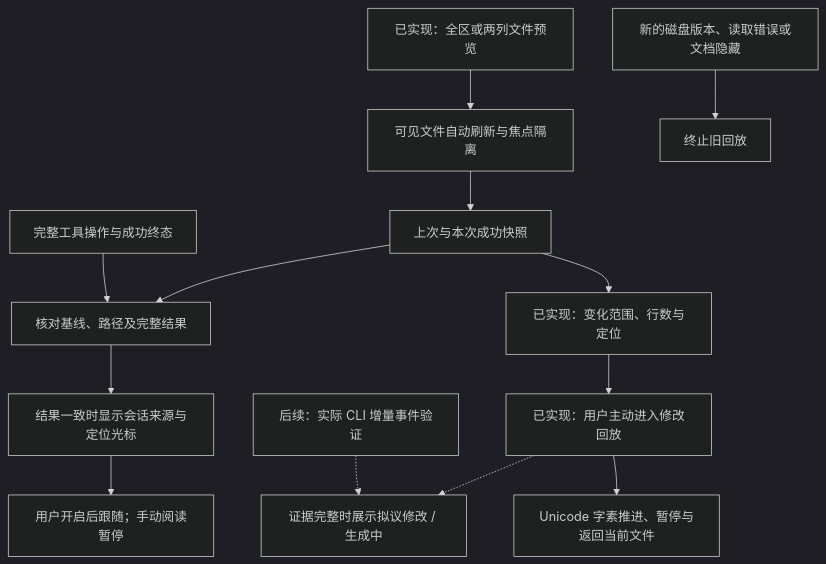
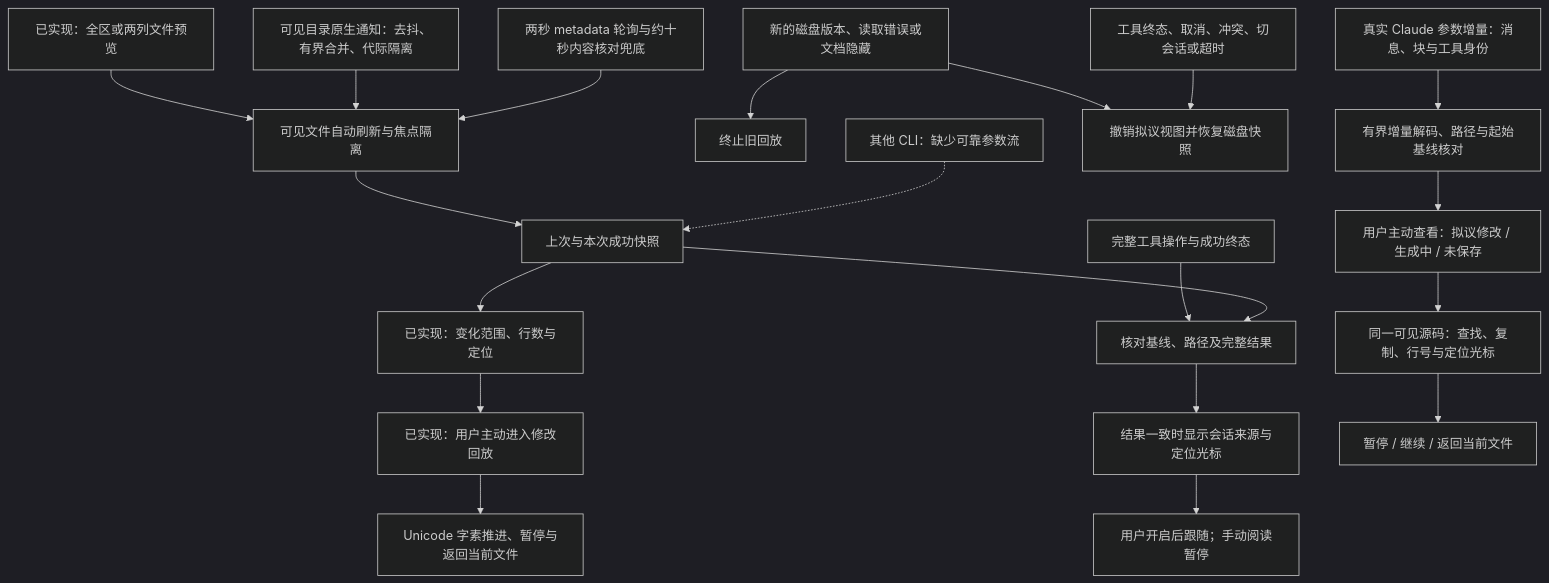
One commit to Leo-Lee-j/conduit changed the diagram in docs/diagrams/content-panes-live-preview.mmd. Above: the diagram before and after it, drawn with Mermaid (dark theme). The commit also changed 27 other files, not shown here.

```diff
--- a/docs/diagrams/content-panes-live-preview.mmd
+++ b/docs/diagrams/content-panes-live-preview.mmd
@@ -1,13 +1,20 @@
 flowchart TD
     A["已实现：全区或两列文件预览"] --> B["可见文件自动刷新与焦点隔离"]
+    W["可见目录原生通知：去抖、有界合并、代际隔离"] --> B
+    K["两秒 metadata 轮询与约十秒内容核对兜底"] --> B
     B --> C["上次与本次成功快照"]
     C --> D["已实现：变化范围、行数与定位"]
     T["完整工具操作与成功终态"] --> E["核对基线、路径及完整结果"]
     C --> E
     E --> M["结果一致时显示会话来源与定位光标"]
     M --> P["用户开启后跟随；手动阅读暂停"]
     D --> F["已实现：用户主动进入修改回放"]
     F --> G["Unicode 字素推进、暂停与返回当前文件"]
     N["新的磁盘版本、读取错误或文档隐藏"] --> X["终止旧回放"]
-    V["后续：实际 CLI 增量事件验证"] -.-> H["证据完整时展示拟议修改 / 生成中"]
-    F -.-> H
+    V["真实 Claude 参数增量：消息、块与工具身份"] --> I["有界增量解码、路径与起始基线核对"]
+    I --> H["用户主动查看：拟议修改 / 生成中 / 未保存"]
+    H --> Q["同一可见源码：查找、复制、行号与定位光标"]
+    Q --> R["暂停 / 继续 / 返回当前文件"]
+    N --> Y["撤销拟议视图并恢复磁盘快照"]
+    Z["工具终态、取消、冲突、切会话或超时"] --> Y
+    U["其他 CLI：缺少可靠参数流"] -.-> C
```
